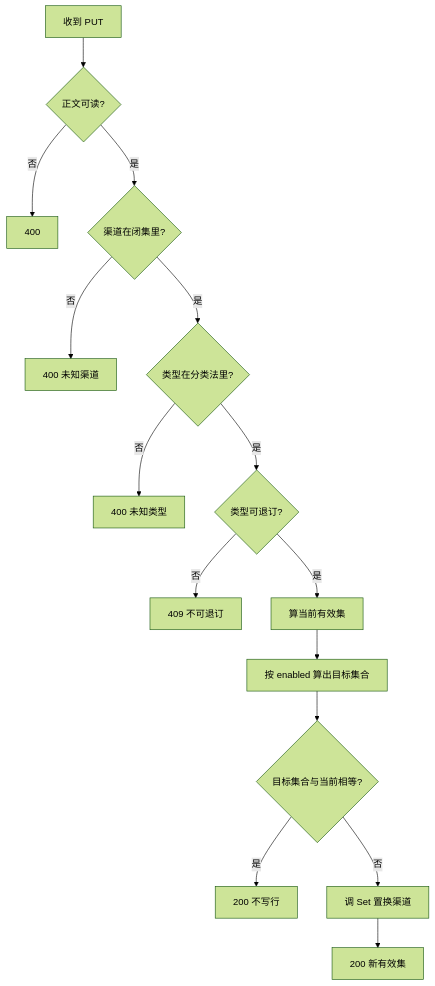
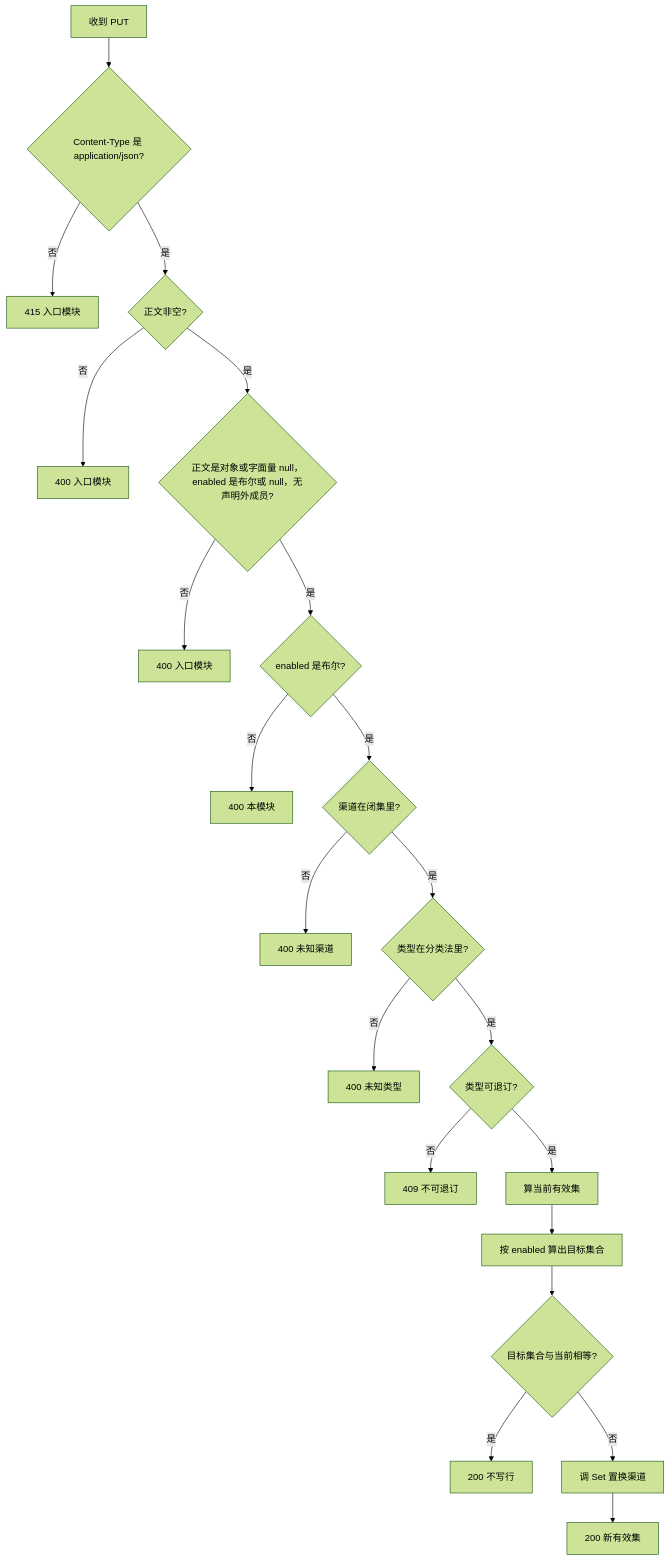
Before and after one commit to wangzw/speed: the first of 2 diagrams in docs/design/modules/notification/design-notification-preferences.md, drawn with Mermaid (forest theme). The commit also changed other lines of this file and 248 other files, not shown here.

````diff
--- a/docs/design/modules/notification/design-notification-preferences.md
+++ b/docs/design/modules/notification/design-notification-preferences.md
@@ -114,17 +114,23 @@
 ```mermaid
 flowchart TD
-    A[收到 PUT] --> B{正文可读?}
-    B -- 否 --> B1[400]
-    B -- 是 --> C{渠道在闭集里?}
+    A[收到 PUT] --> A1{Content-Type 是 application/json?}
+    A1 -- 否 --> A2[415 入口模块]
+    A1 -- 是 --> A3{正文非空?}
+    A3 -- 否 --> A4[400 入口模块]
+    A3 -- 是 --> B{正文是对象或字面量 null，enabled 是布尔或 null，无声明外成员?}
+    B -- 否 --> B1[400 入口模块]
+    B -- 是 --> B2{enabled 是布尔?}
+    B2 -- 否 --> B3[400 本模块]
+    B2 -- 是 --> C{渠道在闭集里?}
     C -- 否 --> C1[400 未知渠道]
     C -- 是 --> D{类型在分类法里?}
     D -- 否 --> D1[400 未知类型]
     D -- 是 --> E{类型可退订?}
     E -- 否 --> E1[409 不可退订]
     E -- 是 --> F[算当前有效集]
     F --> G[按 enabled 算出目标集合]
     G --> H{目标集合与当前相等?}
     H -- 是 --> H1[200 不写行]
     H -- 否 --> I[调 Set 置换渠道]
     I --> I1[200 新有效集]
 ```
````
